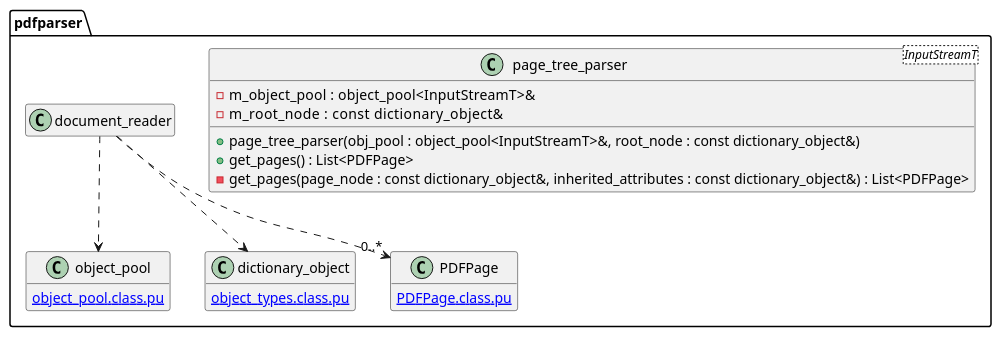
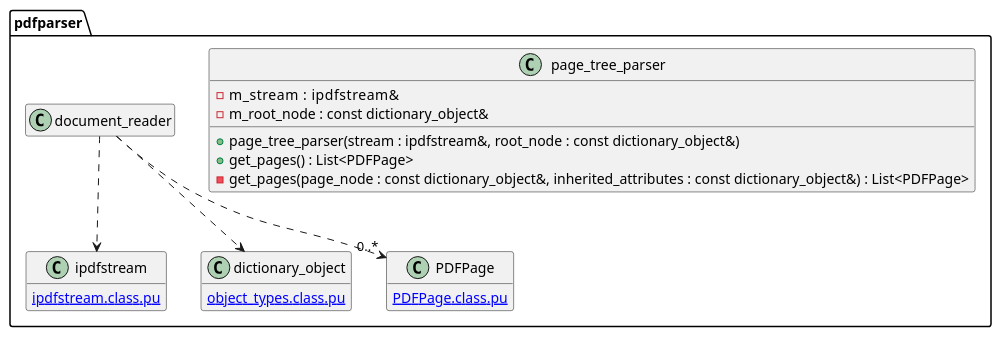
Before and after one commit to KodaiYM/PDFReader: the diagram in document/document_reader/page_tree_parser/page_tree_parser.class.pu, drawn with PlantUML. The commit also changed 38 other files, not shown here.

Commit message:
object_pool 周りの依存関係の修正

```diff
--- a/document/document_reader/page_tree_parser/page_tree_parser.class.pu
+++ b/document/document_reader/page_tree_parser/page_tree_parser.class.pu
@@ -1,25 +1,25 @@
 @startuml page_tree_parser
 hide empty members
 namespace pdfparser {
-class page_tree_parser<InputStreamT> {
-	-m_object_pool   : object_pool<InputStreamT>&
-	-m_root_node     : const dictionary_object&
+class page_tree_parser {
+	-m_stream    : ipdfstream&
+	-m_root_node : const dictionary_object&
 
-	+page_tree_parser(obj_pool : object_pool<InputStreamT>&, root_node : const dictionary_object&)
+	+page_tree_parser(stream : ipdfstream&, root_node : const dictionary_object&)
 	+get_pages() : List<PDFPage>
 	-get_pages(page_node : const dictionary_object&, inherited_attributes : const dictionary_object&) : List<PDFPage>
 }
-document_reader ..> object_pool
+document_reader ..> ipdfstream
 document_reader ..> dictionary_object 
 document_reader ..> "0..*" PDFPage
 
-class object_pool {
-	[[object_pool.class.pu]]
+class ipdfstream {
+	[[ipdfstream.class.pu]]
 }
 class dictionary_object {
 	[[object_types.class.pu]]
 }
 class PDFPage {
 	[[PDFPage.class.pu]]
 }
 @enduml
```
